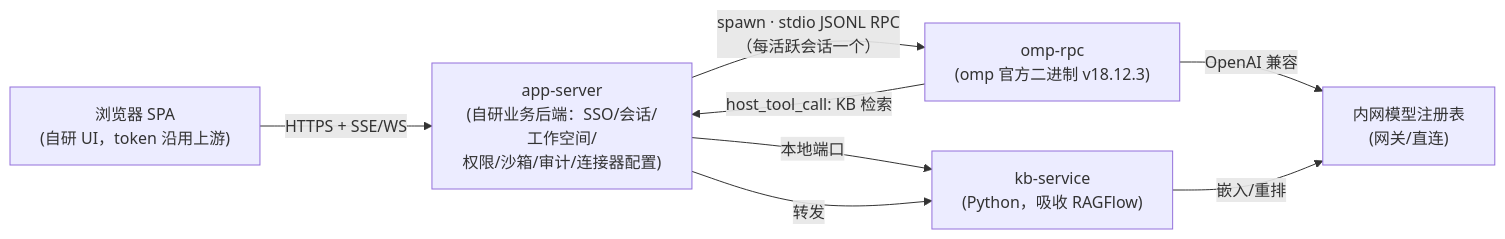
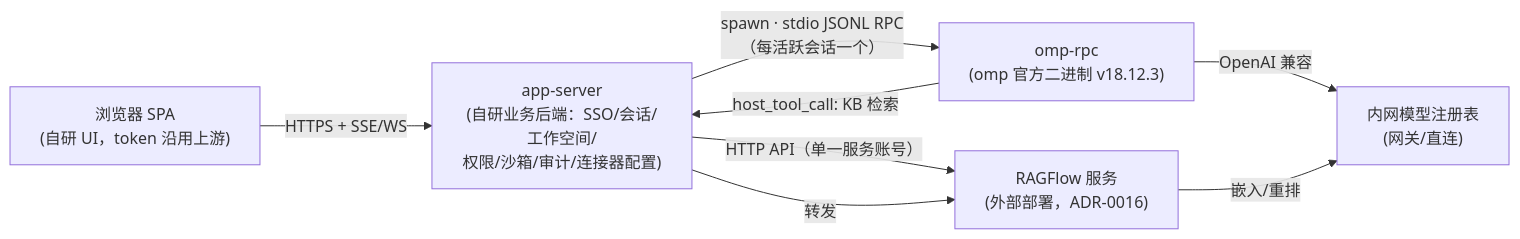
Before and after one commit to DankerMu/open-wb: the diagram in PLAN.md, drawn with Mermaid. The commit also changed other lines of this file and 11 other files, not shown here.

First line of the commit message:
docs(adr): ADR-0016 以运行中的 RAGFlow 服务取代 ADR-0002，同步架构与计划文档 (#1833)

````diff
--- a/PLAN.md
+++ b/PLAN.md
@@ -17,9 +17,9 @@
 ```mermaid
 flowchart LR
     B["浏览器 SPA<br/>(自研 UI，token 沿用上游)"] -- "HTTPS + SSE/WS" --> S["app-server<br/>(自研业务后端：SSO/会话/工作空间/<br/>权限/沙箱/审计/连接器配置)"]
     S -- "spawn · stdio JSONL RPC<br/>（每活跃会话一个）" --> A["omp-rpc<br/>(omp 官方二进制 v18.12.3)"]
-    S -- "本地端口" --> K["kb-service<br/>(Python，吸收 RAGFlow)"]
+    S -- "HTTP API（单一服务账号）" --> K["RAGFlow 服务<br/>(外部部署，ADR-0016)"]
     A -- "host_tool_call: KB 检索" --> S -- 转发 --> K
     A -- "OpenAI 兼容" --> P["内网模型注册表<br/>(网关/直连)"]
     K -- 嵌入/重排 --> P
 ```
````
